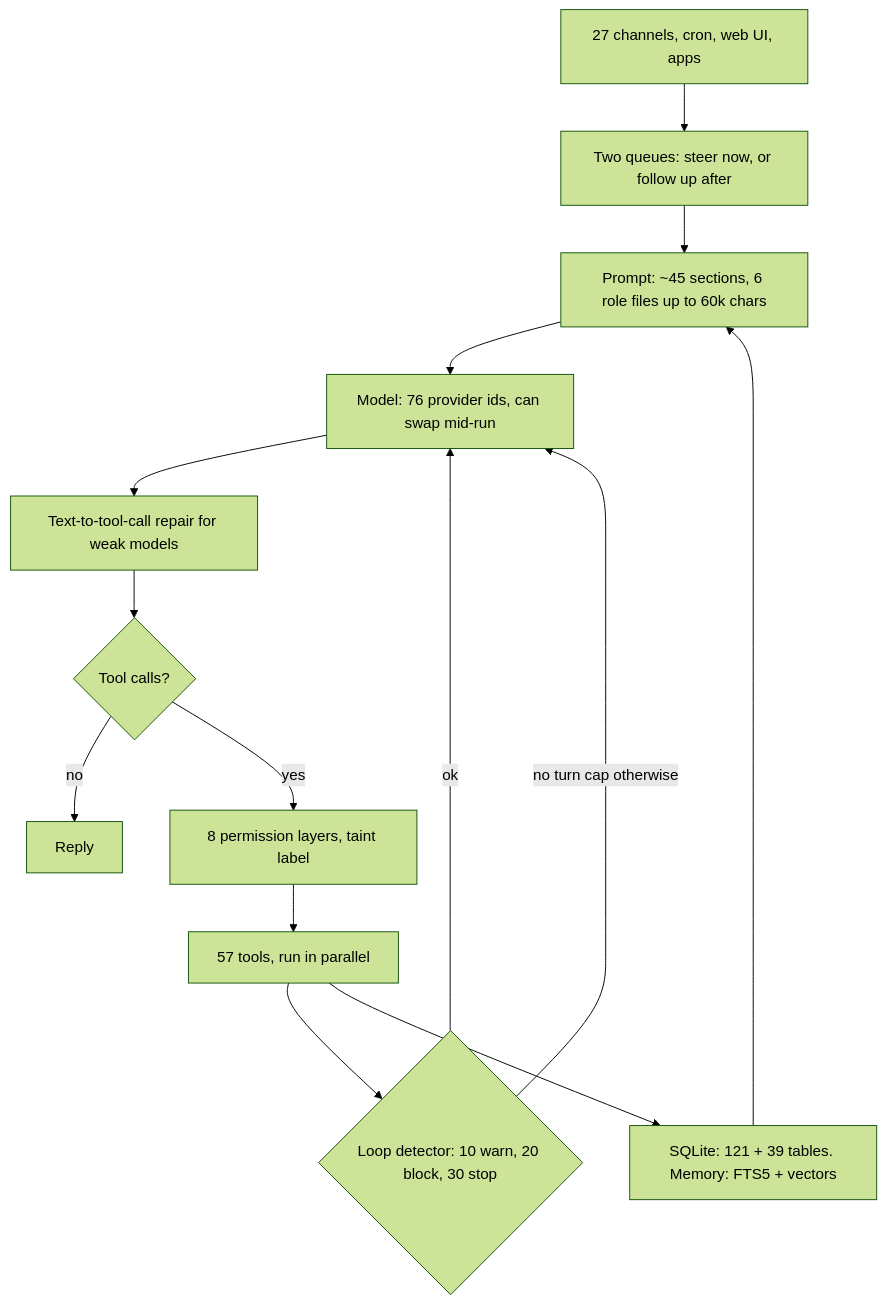
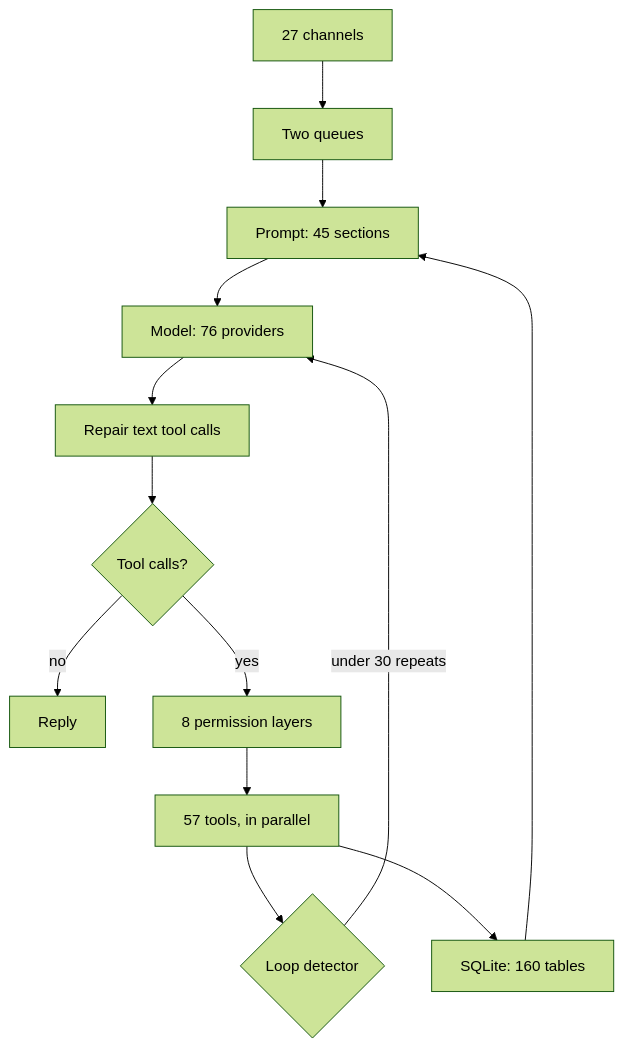
One commit to JaredTate/nerdgenie changed the first of 7 diagrams in docs/HARNESS_V2.md. Above: the diagram before and after it, drawn with Mermaid (forest theme). The commit also changed other lines of this file and 4 other files, not shown here.

Commit message:
Rewrite both documents in complete sentences; redraw all ten diagrams with short labels so nothing is clipped

````diff
--- a/docs/HARNESS_V2.md
+++ b/docs/HARNESS_V2.md
@@ -49,16 +49,15 @@
 ```mermaid
 flowchart TD
-  U["27 channels, cron, web UI, apps"] --> Q["Two queues: steer now, or follow up after"]
-  Q --> C["Prompt: ~45 sections, 6 role files up to 60k chars"]
-  C --> M["Model: 76 provider ids, can swap mid-run"]
-  M --> R["Text-to-tool-call repair for weak models"]
+  U["27 channels"] --> Q["Two queues"]
+  Q --> C["Prompt: 45 sections"]
+  C --> M["Model: 76 providers"]
+  M --> R["Repair text tool calls"]
   R --> K{"Tool calls?"}
   K -->|"no"| F["Reply"]
-  K -->|"yes"| G["8 permission layers, taint label"]
-  G --> T["57 tools, run in parallel"]
-  T --> Z{"Loop detector: 10 warn, 20 block, 30 stop"}
-  Z -->|"ok"| M
-  Z -->|"no turn cap otherwise"| M
-  T --> S["SQLite: 121 + 39 tables. Memory: FTS5 + vectors"]
+  K -->|"yes"| G["8 permission layers"]
+  G --> T["57 tools, in parallel"]
+  T --> Z{"Loop detector"}
+  Z -->|"under 30 repeats"| M
+  T --> S["SQLite: 160 tables"]
   S --> C
 ```
````
